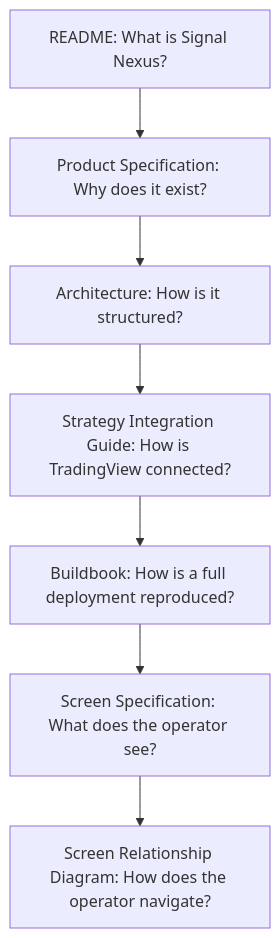
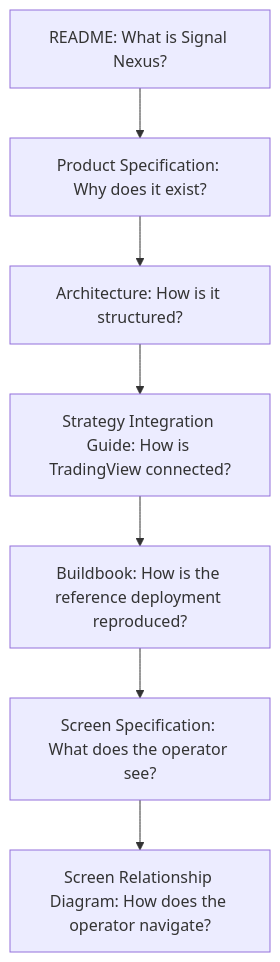
One commit to SignalNexus/signal-nexus changed the second of 2 diagrams in docs/DOCUMENTATION_STRUCTURE.md. Above: the diagram before and after it, drawn with Mermaid. The commit also changed other lines of this file and 3 other files, not shown here.

````diff
--- a/docs/DOCUMENTATION_STRUCTURE.md
+++ b/docs/DOCUMENTATION_STRUCTURE.md
@@ -199,9 +199,9 @@
 ```mermaid
 graph TD
   README["README: What is Signal Nexus?"] --> ProductSpecification["Product Specification: Why does it exist?"]
   ProductSpecification --> Architecture["Architecture: How is it structured?"]
   Architecture --> StrategyIntegrationGuide["Strategy Integration Guide: How is TradingView connected?"]
-  StrategyIntegrationGuide --> Buildbook["Buildbook: How is a full deployment reproduced?"]
+  StrategyIntegrationGuide --> Buildbook["Buildbook: How is the reference deployment reproduced?"]
   Buildbook --> ScreenSpecification["Screen Specification: What does the operator see?"]
   ScreenSpecification --> ScreenRelationshipDiagram["Screen Relationship Diagram: How does the operator navigate?"]
 ```
````
